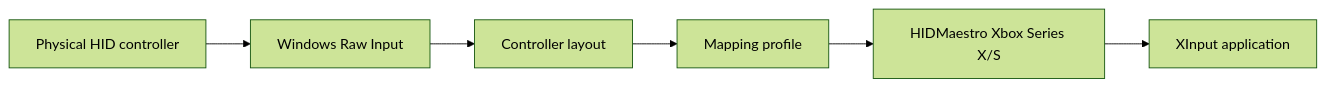
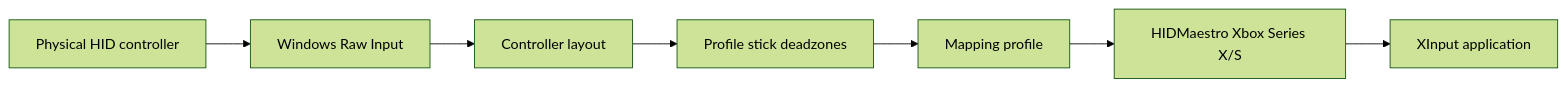
Before and after one commit to auwaho/D2XPad: the diagram in docs/architecture.md, drawn with Mermaid (forest theme). The commit also changed other lines of this file and 28 other files, not shown here.

Commit message:
Add stick deadzones and unify profile editing

````diff
--- a/docs/architecture.md
+++ b/docs/architecture.md
@@ -5,8 +5,9 @@
 ```mermaid
 flowchart LR
     Device["Physical HID controller"] --> Raw["Windows Raw Input"]
     Raw --> Layout["Controller layout"]
-    Layout --> Mapping["Mapping profile"]
+    Layout --> Deadzones["Profile stick deadzones"]
+    Deadzones --> Mapping["Mapping profile"]
     Mapping --> Virtual["HIDMaestro Xbox Series X/S"]
     Virtual --> Game["XInput application"]
 ```
````
